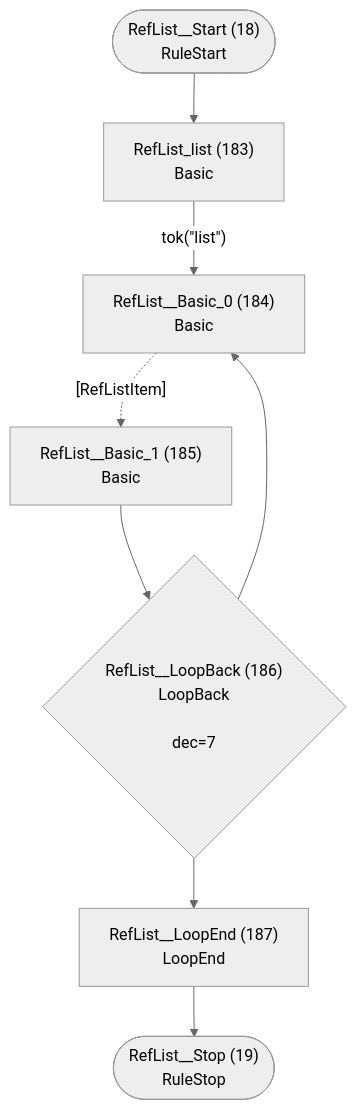
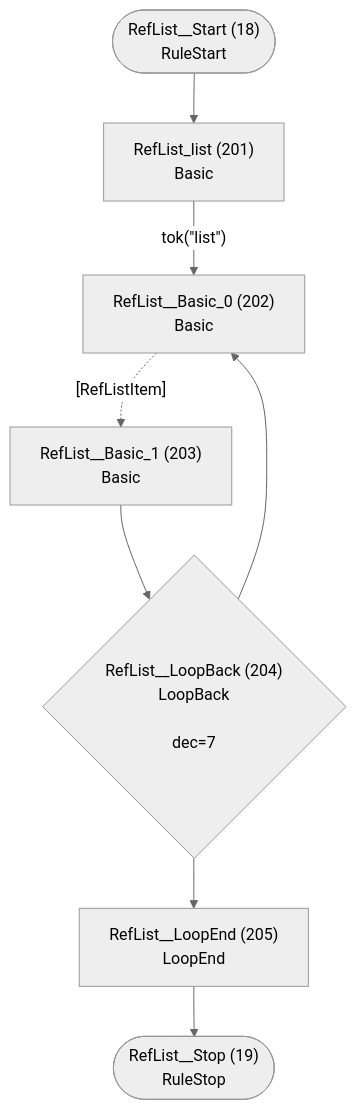
Before and after one commit to TypeFox/fastbelt: the tenth of 46 diagrams in internal/languages/completion/atn.md, drawn with Mermaid (neutral theme). The commit also changed other lines of this file and 41 other files, not shown here.

````diff
--- a/internal/languages/completion/atn.md
+++ b/internal/languages/completion/atn.md
@@ -327,18 +347,18 @@
 ```mermaid
 flowchart TD
     q18(["RefList__Start (18)<br/>RuleStart"])
     q19(["RefList__Stop (19)<br/>RuleStop"])
-    q183["RefList_list (183)<br/>Basic<br/>"]
-    q184["RefList__Basic_0 (184)<br/>Basic<br/>"]
-    q185["RefList__Basic_1 (185)<br/>Basic<br/>"]
-    q186{"RefList__LoopBack (186)<br/>LoopBack<br/><br/>dec=7"}
-    q187["RefList__LoopEnd (187)<br/>LoopEnd<br/>"]
+    q201["RefList_list (201)<br/>Basic<br/>"]
+    q202["RefList__Basic_0 (202)<br/>Basic<br/>"]
+    q203["RefList__Basic_1 (203)<br/>Basic<br/>"]
+    q204{"RefList__LoopBack (204)<br/>LoopBack<br/><br/>dec=7"}
+    q205["RefList__LoopEnd (205)<br/>LoopEnd<br/>"]
 
-    q18 --> q183
-    q183 -->|"tok(&quot;list&quot;)"| q184
-    q184 -.->|"[RefListItem]"| q185
-    q185 --> q186
-    q186 --> q184
-    q186 --> q187
-    q187 --> q19
+    q18 --> q201
+    q201 -->|"tok(&quot;list&quot;)"| q202
+    q202 -.->|"[RefListItem]"| q203
+    q203 --> q204
+    q204 --> q202
+    q204 --> q205
+    q205 --> q19
 ```
````
